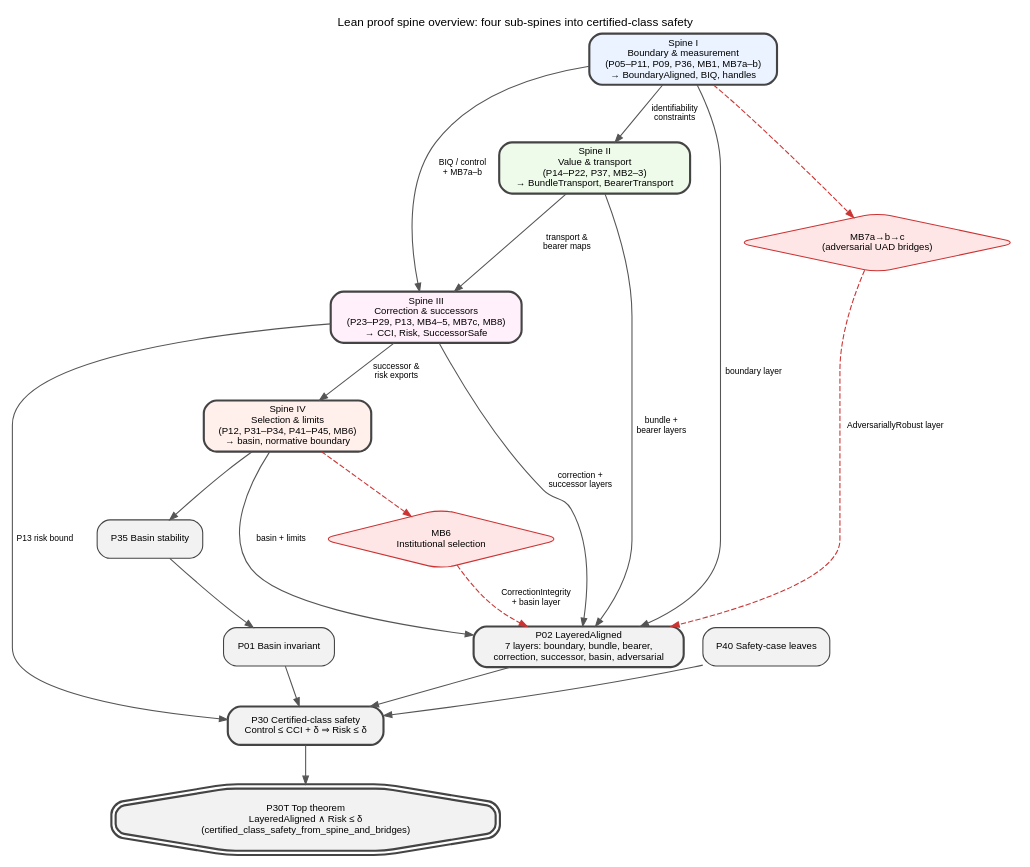
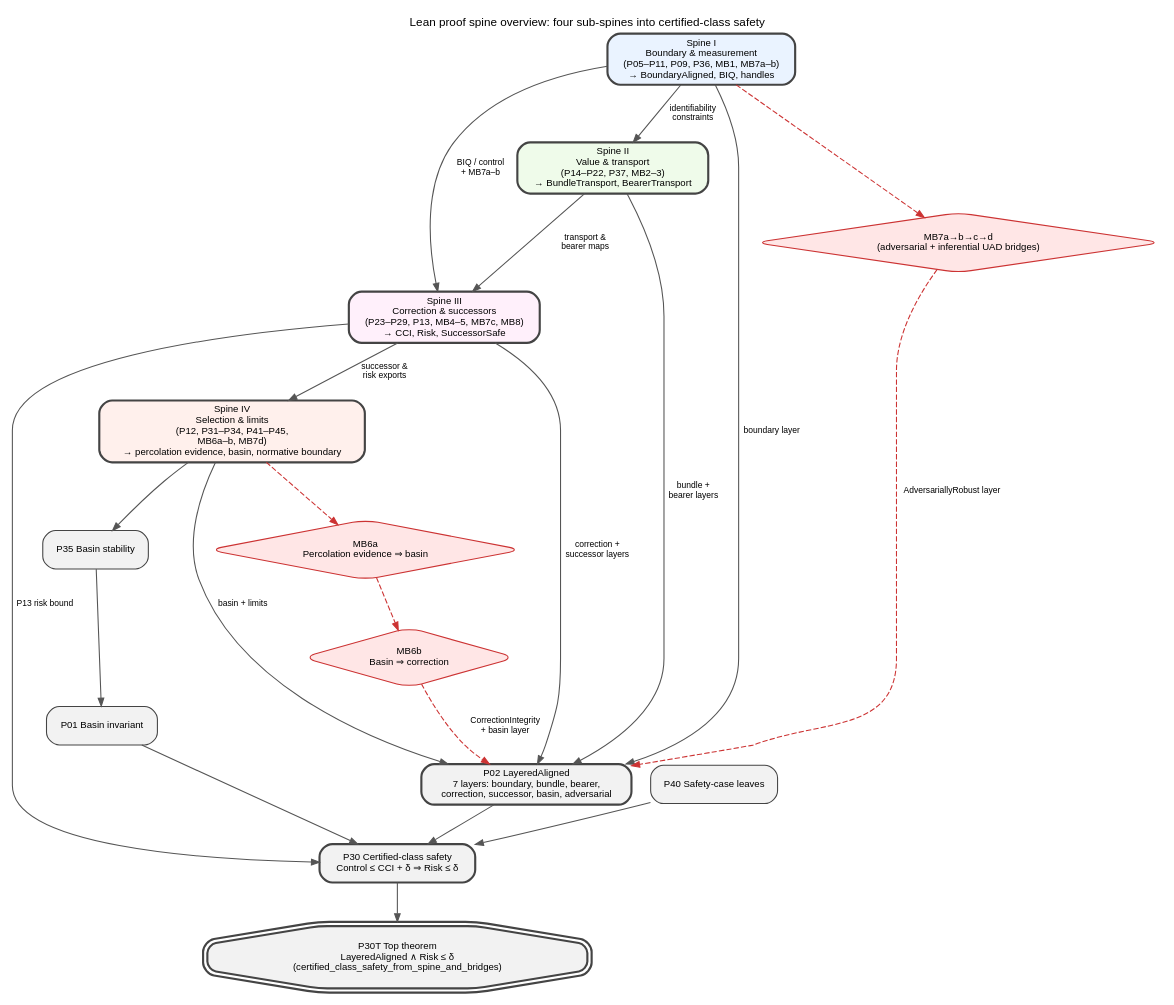
Before and after one commit to GunnarZarncke/towards-asi-alignment: the diagram in context/lean_proof_graphs/00-overview.dot, drawn with Graphviz. The commit also changed 73 other files, not shown here.

First line of the commit message:
Add inferential-coupling Lean spine and expand ch33 coalition audit.

```diff
--- a/context/lean_proof_graphs/00-overview.dot
+++ b/context/lean_proof_graphs/00-overview.dot
@@ -1,56 +1,58 @@
 digraph Spine00Overview {
   graph [
     rankdir=TB,
     bgcolor="white",
     splines=true,
     overlap=false,
     fontsize=11,
     fontname="Helvetica",
     label="Lean proof spine overview: four sub-spines into certified-class safety",
     labelloc="t"
   ];
   node [shape=box, style="rounded,filled", fontname="Helvetica", fontsize=9, color="#444444"];
   edge [fontname="Helvetica", fontsize=8, color="#555555", arrowsize=0.75];
 
   S1 [label="Spine I\nBoundary & measurement\n(P05–P11, P09, P36, MB1, MB7a–b)\n→ BoundaryAligned, BIQ, handles",
       fillcolor="#EAF3FF", penwidth=2];
   S2 [label="Spine II\nValue & transport\n(P14–P22, P37, MB2–3)\n→ BundleTransport, BearerTransport",
       fillcolor="#EFFBEA", penwidth=2];
   S3 [label="Spine III\nCorrection & successors\n(P23–P29, P13, MB4–5, MB7c, MB8)\n→ CCI, Risk, SuccessorSafe",
       fillcolor="#FFF0FB", penwidth=2];
-  S4 [label="Spine IV\nSelection & limits\n(P12, P31–P34, P41–P45, MB6)\n→ basin, normative boundary",
+  S4 [label="Spine IV\nSelection & limits\n(P12, P31–P34, P41–P45,\nMB6a–b, MB7d)\n→ percolation evidence, basin, normative boundary",
       fillcolor="#FFF0EC", penwidth=2];
 
   P02 [label="P02 LayeredAligned\n7 layers: boundary, bundle, bearer,\ncorrection, successor, basin, adversarial",
        fillcolor="#F2F2F2", penwidth=2];
   P35 [label="P35 Basin stability", fillcolor="#F2F2F2"];
   P01 [label="P01 Basin invariant", fillcolor="#F2F2F2"];
   P30 [label="P30 Certified-class safety\nControl ≤ CCI + δ ⇒ Risk ≤ δ", fillcolor="#F2F2F2", penwidth=2];
   P40 [label="P40 Safety-case leaves", fillcolor="#F2F2F2"];
   P30T [label="P30T Top theorem\nLayeredAligned ∧ Risk ≤ δ\n(certified_class_safety_from_spine_and_bridges)",
         fillcolor="#F2F2F2", shape=doubleoctagon, penwidth=2];
 
   MB7 [shape=diamond, fillcolor="#FFE6E6", color="#CC3333",
-       label="MB7a→b→c\n(adversarial UAD bridges)"];
-  MB6 [shape=diamond, fillcolor="#FFE6E6", color="#CC3333", label="MB6\nInstitutional selection"];
+       label="MB7a→b→c→d\n(adversarial + inferential UAD bridges)"];
+  MB6a [shape=diamond, fillcolor="#FFE6E6", color="#CC3333", label="MB6a\nPercolation evidence ⇒ basin"];
+  MB6b [shape=diamond, fillcolor="#FFE6E6", color="#CC3333", label="MB6b\nBasin ⇒ correction"];
 
   S1 -> S2 [label="identifiability\nconstraints"];
   S1 -> S3 [label="BIQ / control\n+ MB7a–b"];
   S2 -> S3 [label="transport &\nbearer maps"];
   S3 -> S4 [label="successor &\nrisk exports"];
   S4 -> P02 [label="basin + limits"];
 
   S1 -> MB7 [style=dashed, color="#CC3333"];
   MB7 -> P02 [style=dashed, color="#CC3333", label="AdversariallyRobust layer"];
-  S4 -> MB6 [style=dashed, color="#CC3333"];
-  MB6 -> P02 [style=dashed, color="#CC3333", label="CorrectionIntegrity\n+ basin layer"];
+  S4 -> MB6a [style=dashed, color="#CC3333"];
+  MB6a -> MB6b [style=dashed, color="#CC3333"];
+  MB6b -> P02 [style=dashed, color="#CC3333", label="CorrectionIntegrity\n+ basin layer"];
   S3 -> P02 [label="correction +\nsuccessor layers"];
   S2 -> P02 [label="bundle +\nbearer layers"];
   S1 -> P02 [label="boundary layer"];
 
   S4 -> P35 -> P01 -> P30;
   P02 -> P30;
   S3 -> P30 [label="P13 risk bound"];
   P40 -> P30;
   P30 -> P30T;
 }
```
